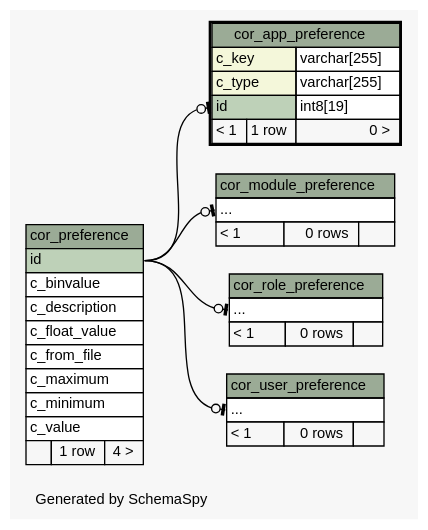
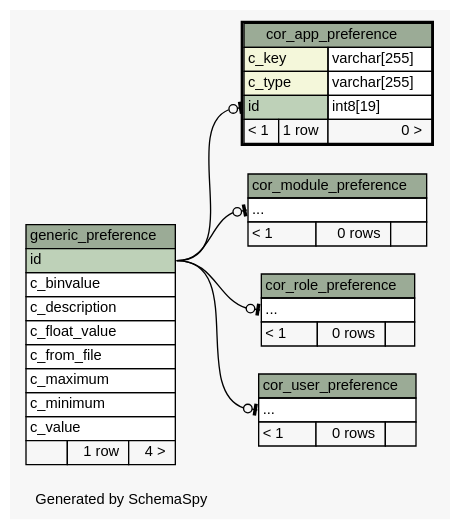
One commit to openwms/org.openwms.core.preferences.lib changed the diagram in schemaspy/diagrams/cor_app_preference.2degrees.dot. Above: the diagram before and after it, drawn with Graphviz. The commit also changed 270 other files, not shown here.

```diff
--- a/schemaspy/diagrams/cor_app_preference.2degrees.dot
+++ b/schemaspy/diagrams/cor_app_preference.2degrees.dot
@@ -1,85 +1,85 @@
-// dot 2.38.0 on Linux 4.15.0-1037-gcp
+// dot 2.36.0 on Linux 4.4.0-101-generic
 // SchemaSpy rev Unknown
 digraph "twoDegreesRelationshipsDiagram" {
   graph [
     rankdir="RL"
     bgcolor="#f7f7f7"
     label="\nGenerated by SchemaSpy"
     labeljust="l"
     nodesep="0.18"
     ranksep="0.46"
     fontname="Helvetica"
     fontsize="11"
   ];
   node [
     fontname="Helvetica"
     fontsize="11"
     shape="plaintext"
   ];
   edge [
     arrowsize="0.8"
   ];
-  "cor_app_preference":"id":w -> "cor_preference":"id":e [arrowhead=none dir=back arrowtail=teeodot];
-  "cor_module_preference":"elipses":w -> "cor_preference":"id":e [arrowhead=none dir=back arrowtail=teeodot];
-  "cor_role_preference":"elipses":w -> "cor_preference":"id":e [arrowhead=none dir=back arrowtail=teeodot];
-  "cor_user_preference":"elipses":w -> "cor_preference":"id":e [arrowhead=none dir=back arrowtail=teeodot];
+  "cor_app_preference":"id":w -> "generic_preference":"id":e [arrowhead=none dir=back arrowtail=teeodot];
+  "cor_module_preference":"elipses":w -> "generic_preference":"id":e [arrowhead=none dir=back arrowtail=teeodot];
+  "cor_role_preference":"elipses":w -> "generic_preference":"id":e [arrowhead=none dir=back arrowtail=teeodot];
+  "cor_user_preference":"elipses":w -> "generic_preference":"id":e [arrowhead=none dir=back arrowtail=teeodot];
   "cor_app_preference" [
     label=<
     <TABLE BORDER="2" CELLBORDER="1" CELLSPACING="0" BGCOLOR="#ffffff">
       <TR><TD COLSPAN="3" BGCOLOR="#9bab96" ALIGN="CENTER">cor_app_preference</TD></TR>
       <TR><TD PORT="c_key" COLSPAN="2" BGCOLOR="#f4f7da" ALIGN="LEFT">c_key</TD><TD PORT="c_key.type" ALIGN="LEFT">varchar[255]</TD></TR>
       <TR><TD PORT="c_type" COLSPAN="2" BGCOLOR="#f4f7da" ALIGN="LEFT">c_type</TD><TD PORT="c_type.type" ALIGN="LEFT">varchar[255]</TD></TR>
       <TR><TD PORT="id" COLSPAN="2" BGCOLOR="#bed1b8" ALIGN="LEFT">id</TD><TD PORT="id.type" ALIGN="LEFT">int8[19]</TD></TR>
       <TR><TD ALIGN="LEFT" BGCOLOR="#f7f7f7">&lt; 1</TD><TD ALIGN="RIGHT" BGCOLOR="#f7f7f7">1 row</TD><TD ALIGN="RIGHT" BGCOLOR="#f7f7f7">0 &gt;</TD></TR>
     </TABLE>>
     URL="cor_app_preference.html"
     tooltip="cor_app_preference"
   ];
   "cor_module_preference" [
     label=<
     <TABLE BORDER="0" CELLBORDER="1" CELLSPACING="0" BGCOLOR="#ffffff">
       <TR><TD COLSPAN="3" BGCOLOR="#9bab96" ALIGN="CENTER">cor_module_preference</TD></TR>
       <TR><TD PORT="elipses" COLSPAN="3" ALIGN="LEFT">...</TD></TR>
       <TR><TD ALIGN="LEFT" BGCOLOR="#f7f7f7">&lt; 1</TD><TD ALIGN="RIGHT" BGCOLOR="#f7f7f7">0 rows</TD><TD ALIGN="RIGHT" BGCOLOR="#f7f7f7">  </TD></TR>
     </TABLE>>
     URL="cor_module_preference.html"
     tooltip="cor_module_preference"
   ];
-  "cor_preference" [
-    label=<
-    <TABLE BORDER="0" CELLBORDER="1" CELLSPACING="0" BGCOLOR="#ffffff">
-      <TR><TD COLSPAN="3" BGCOLOR="#9bab96" ALIGN="CENTER">cor_preference</TD></TR>
-      <TR><TD PORT="id" COLSPAN="3" BGCOLOR="#bed1b8" ALIGN="LEFT">id</TD></TR>
-      <TR><TD PORT="c_binvalue" COLSPAN="3" ALIGN="LEFT">c_binvalue</TD></TR>
-      <TR><TD PORT="c_description" COLSPAN="3" ALIGN="LEFT">c_description</TD></TR>
-      <TR><TD PORT="c_float_value" COLSPAN="3" ALIGN="LEFT">c_float_value</TD></TR>
-      <TR><TD PORT="c_from_file" COLSPAN="3" ALIGN="LEFT">c_from_file</TD></TR>
-      <TR><TD PORT="c_maximum" COLSPAN="3" ALIGN="LEFT">c_maximum</TD></TR>
-      <TR><TD PORT="c_minimum" COLSPAN="3" ALIGN="LEFT">c_minimum</TD></TR>
-      <TR><TD PORT="c_value" COLSPAN="3" ALIGN="LEFT">c_value</TD></TR>
-      <TR><TD ALIGN="LEFT" BGCOLOR="#f7f7f7">  </TD><TD ALIGN="RIGHT" BGCOLOR="#f7f7f7">1 row</TD><TD ALIGN="RIGHT" BGCOLOR="#f7f7f7">4 &gt;</TD></TR>
-    </TABLE>>
-    URL="cor_preference.html"
-    tooltip="cor_preference"
-  ];
   "cor_role_preference" [
     label=<
     <TABLE BORDER="0" CELLBORDER="1" CELLSPACING="0" BGCOLOR="#ffffff">
       <TR><TD COLSPAN="3" BGCOLOR="#9bab96" ALIGN="CENTER">cor_role_preference</TD></TR>
       <TR><TD PORT="elipses" COLSPAN="3" ALIGN="LEFT">...</TD></TR>
       <TR><TD ALIGN="LEFT" BGCOLOR="#f7f7f7">&lt; 1</TD><TD ALIGN="RIGHT" BGCOLOR="#f7f7f7">0 rows</TD><TD ALIGN="RIGHT" BGCOLOR="#f7f7f7">  </TD></TR>
     </TABLE>>
     URL="cor_role_preference.html"
     tooltip="cor_role_preference"
   ];
   "cor_user_preference" [
     label=<
     <TABLE BORDER="0" CELLBORDER="1" CELLSPACING="0" BGCOLOR="#ffffff">
       <TR><TD COLSPAN="3" BGCOLOR="#9bab96" ALIGN="CENTER">cor_user_preference</TD></TR>
       <TR><TD PORT="elipses" COLSPAN="3" ALIGN="LEFT">...</TD></TR>
       <TR><TD ALIGN="LEFT" BGCOLOR="#f7f7f7">&lt; 1</TD><TD ALIGN="RIGHT" BGCOLOR="#f7f7f7">0 rows</TD><TD ALIGN="RIGHT" BGCOLOR="#f7f7f7">  </TD></TR>
     </TABLE>>
     URL="cor_user_preference.html"
     tooltip="cor_user_preference"
   ];
+  "generic_preference" [
+    label=<
+    <TABLE BORDER="0" CELLBORDER="1" CELLSPACING="0" BGCOLOR="#ffffff">
+      <TR><TD COLSPAN="3" BGCOLOR="#9bab96" ALIGN="CENTER">generic_preference</TD></TR>
+      <TR><TD PORT="id" COLSPAN="3" BGCOLOR="#bed1b8" ALIGN="LEFT">id</TD></TR>
+      <TR><TD PORT="c_binvalue" COLSPAN="3" ALIGN="LEFT">c_binvalue</TD></TR>
+      <TR><TD PORT="c_description" COLSPAN="3" ALIGN="LEFT">c_description</TD></TR>
+      <TR><TD PORT="c_float_value" COLSPAN="3" ALIGN="LEFT">c_float_value</TD></TR>
+      <TR><TD PORT="c_from_file" COLSPAN="3" ALIGN="LEFT">c_from_file</TD></TR>
+      <TR><TD PORT="c_maximum" COLSPAN="3" ALIGN="LEFT">c_maximum</TD></TR>
+      <TR><TD PORT="c_minimum" COLSPAN="3" ALIGN="LEFT">c_minimum</TD></TR>
+      <TR><TD PORT="c_value" COLSPAN="3" ALIGN="LEFT">c_value</TD></TR>
+      <TR><TD ALIGN="LEFT" BGCOLOR="#f7f7f7">  </TD><TD ALIGN="RIGHT" BGCOLOR="#f7f7f7">1 row</TD><TD ALIGN="RIGHT" BGCOLOR="#f7f7f7">4 &gt;</TD></TR>
+    </TABLE>>
+    URL="generic_preference.html"
+    tooltip="generic_preference"
+  ];
 }
```
